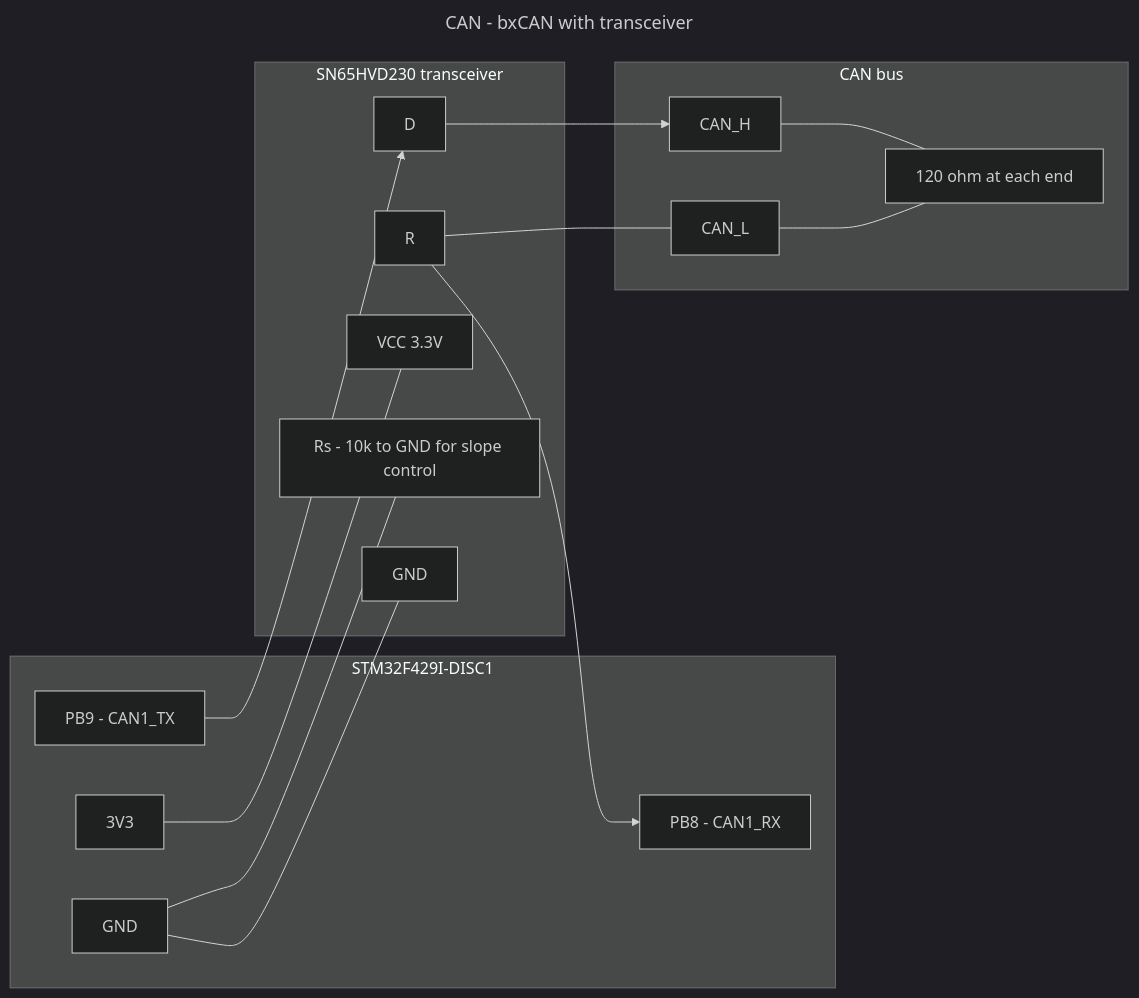
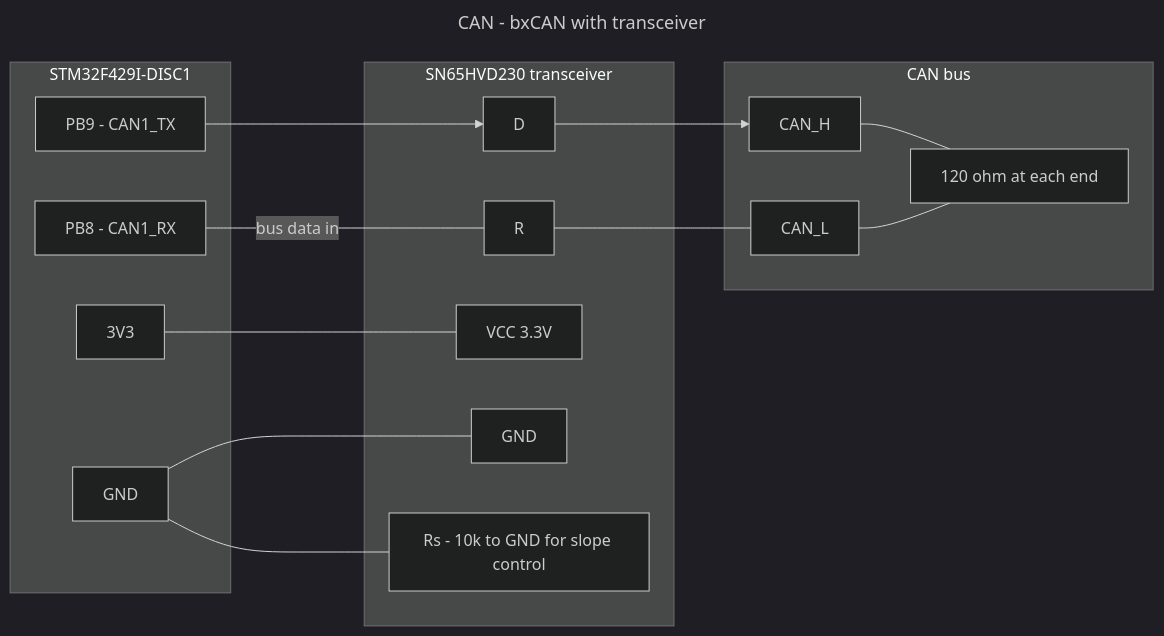
One commit to Ekpenyong-Esu/BareMetalMCU2 changed the diagram in Sensor_Cons/Peripherals/CAN/can_wiring.mmd. Above: the diagram before and after it, drawn with Mermaid (dark theme). The commit also changed 19 other files, not shown here.

First line of the commit message:
Rank every wiring diagram into a single row

```diff
--- a/Sensor_Cons/Peripherals/CAN/can_wiring.mmd
+++ b/Sensor_Cons/Peripherals/CAN/can_wiring.mmd
@@ -1,39 +1,39 @@
 ---
 title: CAN - bxCAN with transceiver
 ---
 %% Pins from Peripherals/CAN/README.md.
 %% CONFLICT: PB8 and PB9 are taken by LTDC_B6 and LTDC_B7 in project.ioc.
 %% With the LCD in use there is no free bxCAN pin pair on this board - that is
 %% why the repo also carries the MCP2515 SPI CAN controller as a way out.
 %% bxCAN gives logic levels only; a transceiver is always required.
 flowchart LR
     subgraph MCU["STM32F429I-DISC1"]
         TX["PB9 - CAN1_TX"]
         RX["PB8 - CAN1_RX"]
         V33["3V3"]
         GND["GND"]
     end
 
     subgraph TRX["SN65HVD230 transceiver"]
         tD["D"]
         tR["R"]
         tRs["Rs - 10k to GND for slope control"]
         tV["VCC 3.3V"]
         tG["GND"]
     end
 
     subgraph BUS["CAN bus"]
         CH["CAN_H"]
         CL["CAN_L"]
         TERM["120 ohm at each end"]
     end
 
     TX --> tD
-    tR --> RX
+    RX ---|"bus data in"| tR
     V33 --- tV
     GND --- tG
     GND --- tRs
     tD --> CH
     tR --- CL
     CH --- TERM
     CL --- TERM
```
